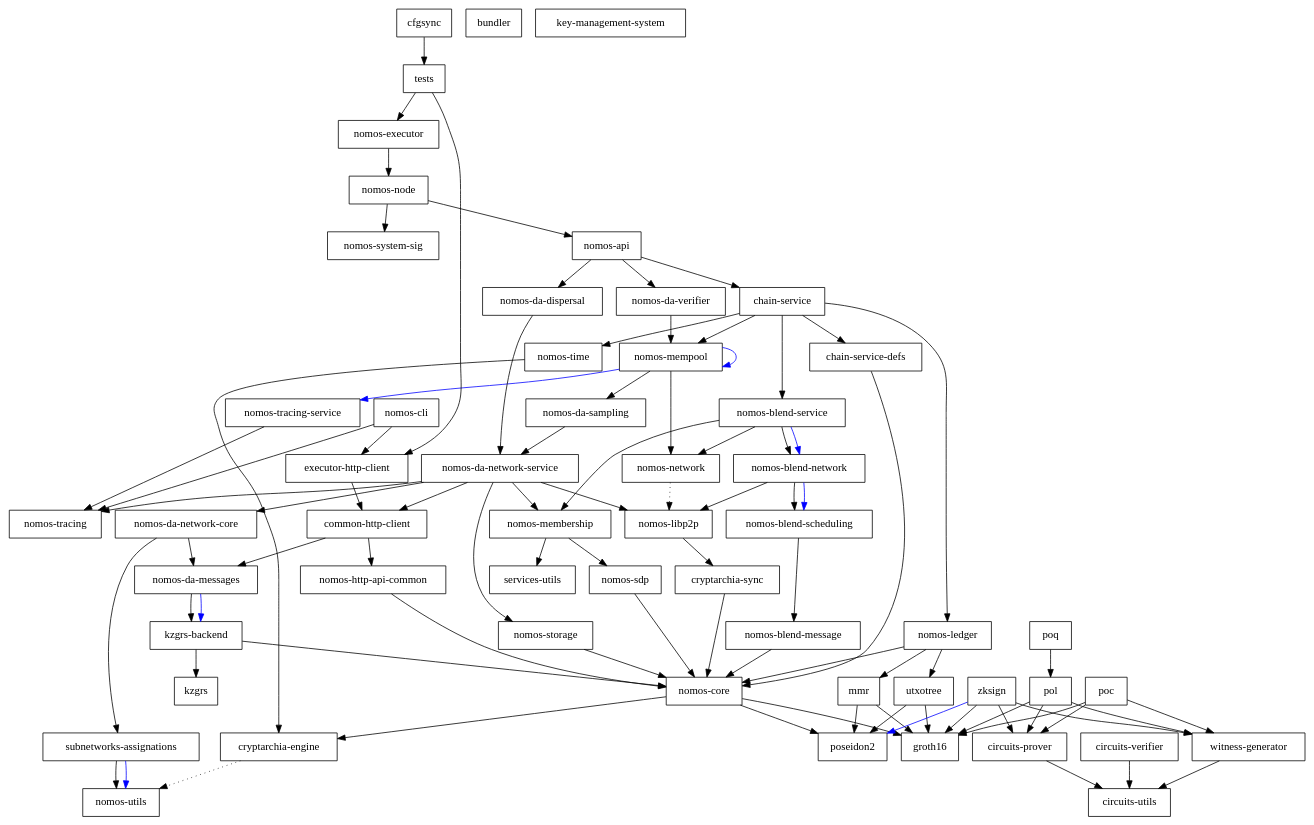
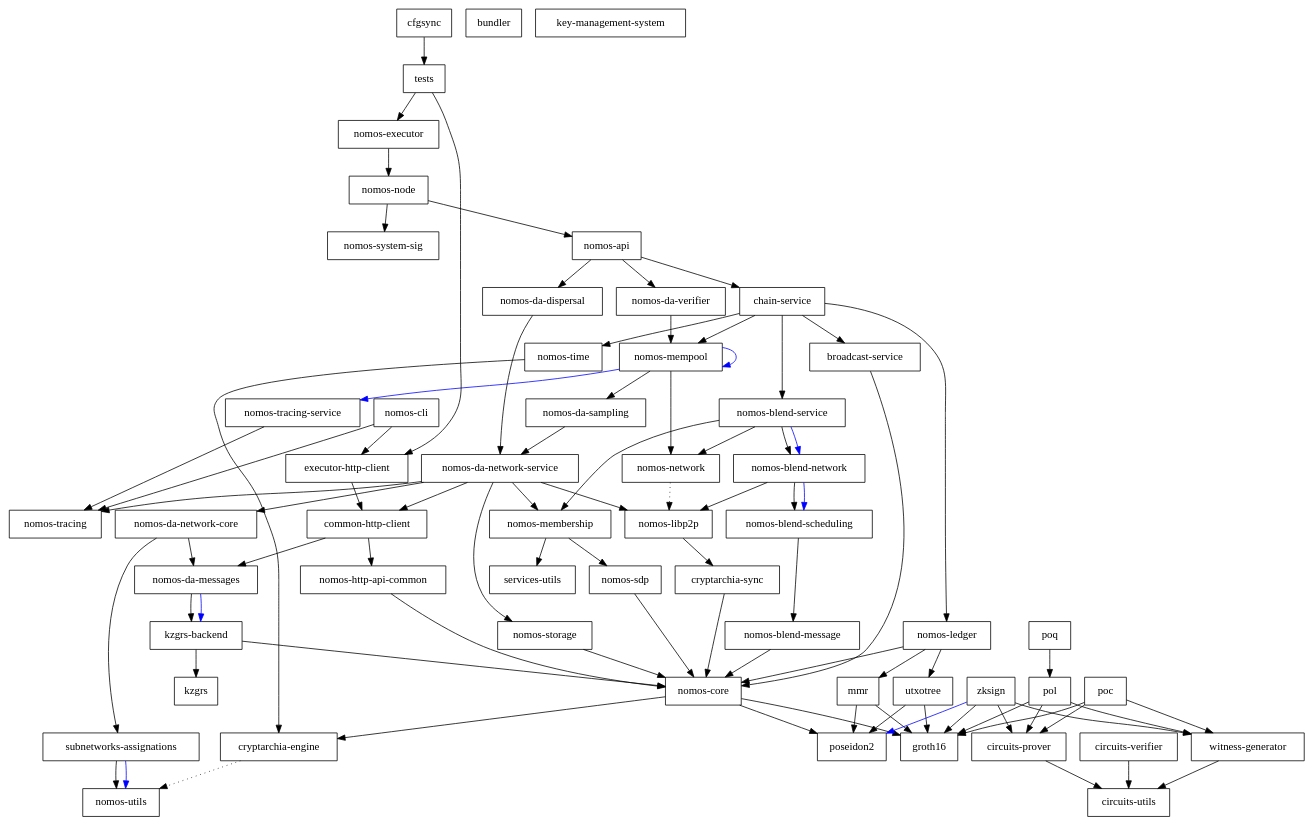
One commit to Astro521/logos-blockchain changed the diagram in dependencies_graph.dot. Above: the diagram before and after it, drawn with Graphviz. The commit also changed 14 other files, not shown here.

Commit message:
feat(chain): Block broadcast service (#1694)

```diff
--- a/dependencies_graph.dot
+++ b/dependencies_graph.dot
@@ -1,141 +1,141 @@
 digraph {
     0 [ label = "cryptarchia-engine" shape = box]
     1 [ label = "nomos-utils" shape = box]
     2 [ label = "cryptarchia-sync" shape = box]
     3 [ label = "nomos-core" shape = box]
     4 [ label = "groth16" shape = box]
     5 [ label = "poseidon2" shape = box]
     6 [ label = "nomos-ledger" shape = box]
     7 [ label = "mmr" shape = box]
     8 [ label = "utxotree" shape = box]
     9 [ label = "nomos-http-api-common" shape = box]
     10 [ label = "nomos-executor" shape = box]
-    11 [ label = "kzgrs-backend" shape = box]
-    12 [ label = "kzgrs" shape = box]
-    13 [ label = "nomos-api" shape = box]
-    14 [ label = "chain-service" shape = box]
-    15 [ label = "chain-service-defs" shape = box]
+    11 [ label = "broadcast-service" shape = box]
+    12 [ label = "kzgrs-backend" shape = box]
+    13 [ label = "kzgrs" shape = box]
+    14 [ label = "nomos-api" shape = box]
+    15 [ label = "chain-service" shape = box]
     16 [ label = "nomos-blend-service" shape = box]
     17 [ label = "nomos-blend-message" shape = box]
     18 [ label = "nomos-blend-network" shape = box]
     19 [ label = "nomos-blend-scheduling" shape = box]
     20 [ label = "nomos-libp2p" shape = box]
     21 [ label = "nomos-membership" shape = box]
     22 [ label = "nomos-sdp" shape = box]
     23 [ label = "services-utils" shape = box]
     24 [ label = "nomos-network" shape = box]
     25 [ label = "nomos-da-sampling" shape = box]
     26 [ label = "nomos-da-network-core" shape = box]
     27 [ label = "nomos-da-messages" shape = box]
     28 [ label = "subnetworks-assignations" shape = box]
     29 [ label = "nomos-da-network-service" shape = box]
     30 [ label = "common-http-client" shape = box]
     31 [ label = "nomos-storage" shape = box]
     32 [ label = "nomos-tracing" shape = box]
     33 [ label = "nomos-mempool" shape = box]
     34 [ label = "nomos-tracing-service" shape = box]
     35 [ label = "nomos-time" shape = box]
     36 [ label = "nomos-da-dispersal" shape = box]
     37 [ label = "nomos-da-verifier" shape = box]
     38 [ label = "nomos-node" shape = box]
     39 [ label = "nomos-system-sig" shape = box]
     40 [ label = "executor-http-client" shape = box]
     41 [ label = "bundler" shape = box]
     42 [ label = "nomos-cli" shape = box]
     43 [ label = "key-management-system" shape = box]
     44 [ label = "cfgsync" shape = box]
     45 [ label = "tests" shape = box]
     46 [ label = "circuits-prover" shape = box]
     47 [ label = "circuits-utils" shape = box]
     48 [ label = "circuits-verifier" shape = box]
     49 [ label = "witness-generator" shape = box]
     50 [ label = "poc" shape = box]
     51 [ label = "pol" shape = box]
     52 [ label = "poq" shape = box]
     53 [ label = "zksign" shape = box]
     0 -> 1 [ style = dotted]
     2 -> 3 [ ]
     3 -> 0 [ ]
     3 -> 4 [ ]
     3 -> 5 [ ]
     6 -> 7 [ ]
     6 -> 3 [ ]
     6 -> 8 [ ]
     7 -> 4 [ ]
     7 -> 5 [ ]
     8 -> 4 [ ]
     8 -> 5 [ ]
     9 -> 3 [ ]
     10 -> 38 [ ]
-    11 -> 12 [ ]
     11 -> 3 [ ]
-    13 -> 14 [ ]
-    13 -> 36 [ ]
-    13 -> 37 [ ]
+    12 -> 13 [ ]
+    12 -> 3 [ ]
     14 -> 15 [ ]
-    14 -> 16 [ ]
-    14 -> 6 [ ]
-    14 -> 33 [ ]
-    14 -> 35 [ ]
-    15 -> 3 [ ]
+    14 -> 36 [ ]
+    14 -> 37 [ ]
+    15 -> 11 [ ]
+    15 -> 16 [ ]
+    15 -> 6 [ ]
+    15 -> 33 [ ]
+    15 -> 35 [ ]
     16 -> 18 [ ]
     16 -> 18 [ color = blue]
     16 -> 21 [ ]
     16 -> 24 [ ]
     17 -> 3 [ ]
     18 -> 19 [ ]
     18 -> 19 [ color = blue]
     18 -> 20 [ ]
     19 -> 17 [ ]
     20 -> 2 [ ]
     21 -> 22 [ ]
     21 -> 23 [ ]
     22 -> 3 [ ]
     24 -> 20 [ style = dotted]
     25 -> 29 [ ]
     26 -> 27 [ ]
     26 -> 28 [ ]
-    27 -> 11 [ ]
-    27 -> 11 [ color = blue]
+    27 -> 12 [ ]
+    27 -> 12 [ color = blue]
     28 -> 1 [ ]
     28 -> 1 [ color = blue]
     29 -> 30 [ ]
     29 -> 26 [ ]
     29 -> 20 [ ]
     29 -> 21 [ ]
     29 -> 31 [ ]
     29 -> 32 [ ]
     30 -> 27 [ ]
     30 -> 9 [ ]
     31 -> 3 [ ]
     33 -> 25 [ ]
     33 -> 33 [ color = blue]
     33 -> 24 [ ]
     33 -> 34 [ color = blue]
     34 -> 32 [ ]
     35 -> 0 [ ]
     36 -> 29 [ ]
     37 -> 33 [ ]
-    38 -> 13 [ ]
+    38 -> 14 [ ]
     38 -> 39 [ ]
     40 -> 30 [ ]
     42 -> 40 [ ]
     42 -> 32 [ ]
     44 -> 45 [ ]
     45 -> 40 [ ]
     45 -> 10 [ ]
     46 -> 47 [ ]
     48 -> 47 [ ]
     49 -> 47 [ ]
     50 -> 46 [ ]
     50 -> 4 [ ]
     50 -> 49 [ ]
     51 -> 46 [ ]
     51 -> 4 [ ]
     51 -> 49 [ ]
     52 -> 51 [ ]
     53 -> 46 [ ]
     53 -> 4 [ ]
     53 -> 5 [ color = blue]
     53 -> 49 [ ]
 }
```
